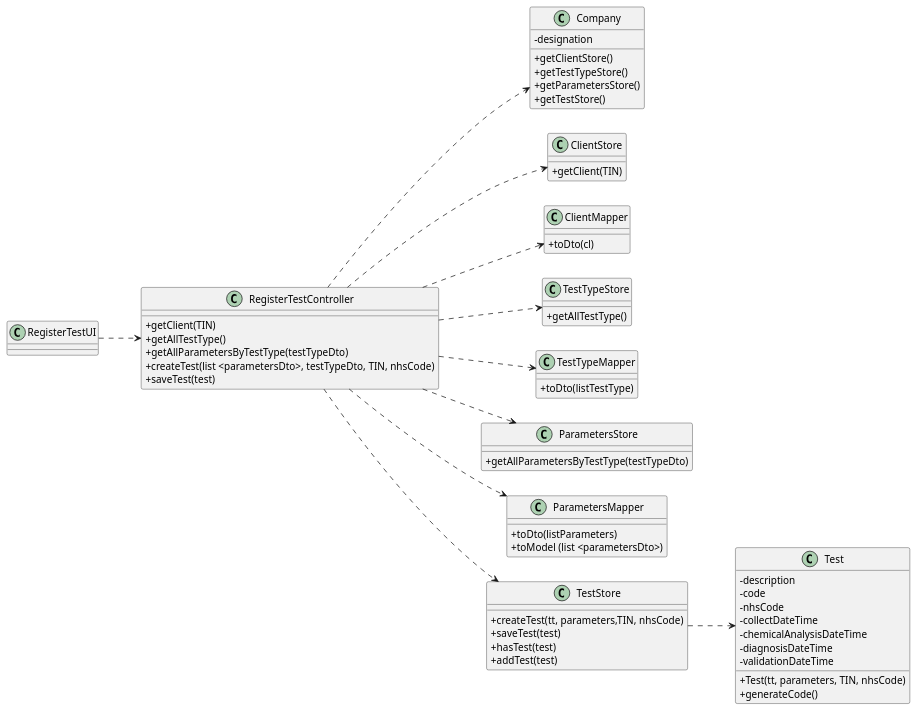
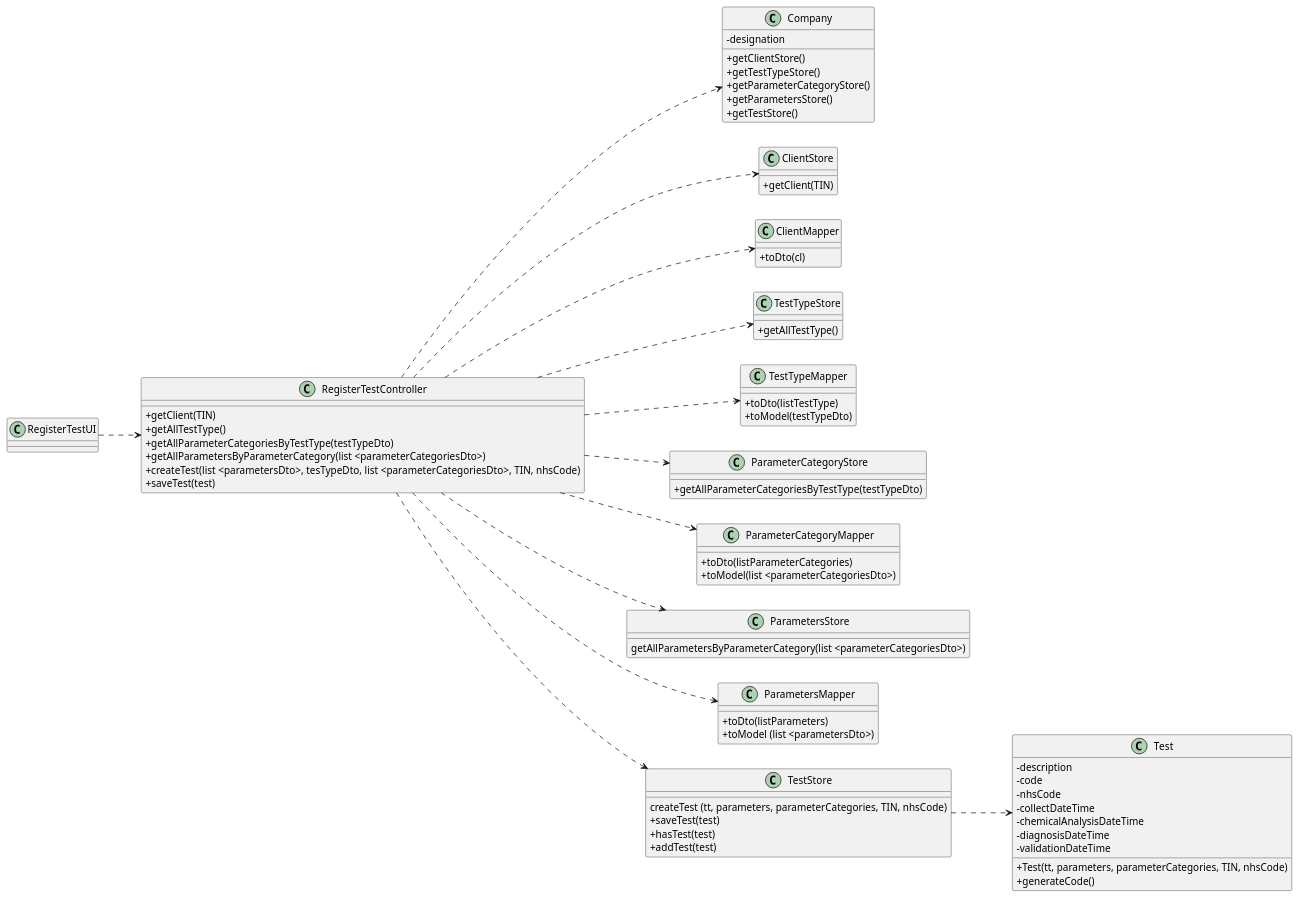
The diagram in docs/SprintC/US04/US04-CD.puml (0franciscor/lei-21-s2-1de-g19), drawn with PlantUML before and after one commit. The commit also changed 5 other files, not shown here.

```diff
--- a/docs/SprintC/US04/US04-CD.puml
+++ b/docs/SprintC/US04/US04-CD.puml
@@ -1,81 +1,95 @@
 @startuml
 'https://plantuml.com/class-diagram
 
 skinparam classAttributeIconSize 0
 left to right direction
 
 class "RegisterTestUI" as RTUI
 
 class "RegisterTestController" as RTC {
 +getClient(TIN)
 +getAllTestType()
-+getAllParametersByTestType(testTypeDto)
-+createTest(list <parametersDto>, testTypeDto, TIN, nhsCode)
++getAllParameterCategoriesByTestType(testTypeDto)
++getAllParametersByParameterCategory(list <parameterCategoriesDto>)
++createTest(list <parametersDto>, tesTypeDto, list <parameterCategoriesDto>, TIN, nhsCode)
 +saveTest(test)
 }
 
 class "Company" as C {
 -designation
 +getClientStore()
 +getTestTypeStore()
++getParameterCategoryStore()
 +getParametersStore()
 +getTestStore()
 }
 
 class "ClientStore" as CS {
 +getClient(TIN)
 }
 
 class "ClientMapper" as CM {
 +toDto(cl)
 }
 
 class "TestTypeStore" as TTS {
 +getAllTestType()
 }
 
 class "TestTypeMapper" as TTM {
 +toDto(listTestType)
++toModel(testTypeDto)
+}
+
+class "ParameterCategoryStore" as PCS {
++getAllParameterCategoriesByTestType(testTypeDto)
+}
+
+class "ParameterCategoryMapper" as PCM {
++toDto(listParameterCategories)
++toModel(list <parameterCategoriesDto>)
 }
 
 class "ParametersStore" as PS {
-+getAllParametersByTestType(testTypeDto)
+getAllParametersByParameterCategory(list <parameterCategoriesDto>)
 }
 
 class "ParametersMapper" as PM {
 +toDto(listParameters)
 +toModel (list <parametersDto>)
 }
 
 class "TestStore" as TS {
-+createTest(tt, parameters,TIN, nhsCode)
+createTest (tt, parameters, parameterCategories, TIN, nhsCode)
 +saveTest(test)
 +hasTest(test)
 +addTest(test)
 }
 
 class "Test" as T {
 -description
 -code
 -nhsCode
 -collectDateTime
 -chemicalAnalysisDateTime
 -diagnosisDateTime
 -validationDateTime
-+Test(tt, parameters, TIN, nhsCode)
++Test(tt, parameters, parameterCategories, TIN, nhsCode)
 +generateCode()
 }
 
 RTUI ..> RTC
 RTC ..> CS
 RTC ..> CM
 RTC ..> C
 RTC ..> TTS
 RTC ..> TTM
+RTC ..> PCS
+RTC ..> PCM
 RTC ..> PS
 RTC ..> PM
 RTC ..> TS
 TS ..> T
 
 
 @enduml
```
